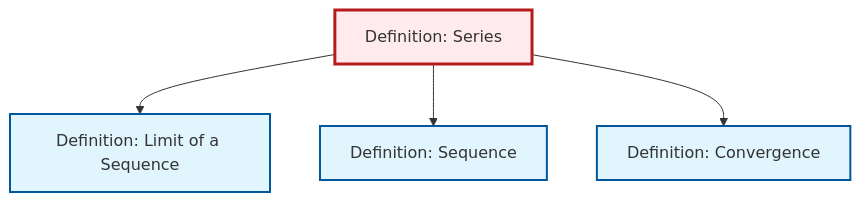
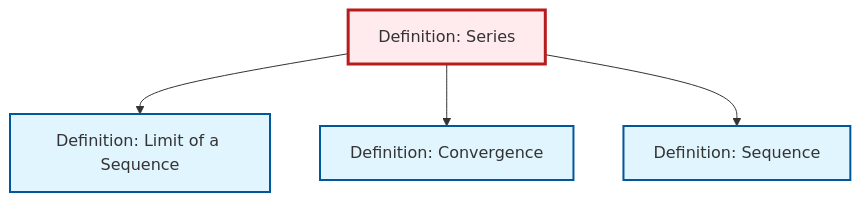
The diagram in content/en/analysis/def-series.qmd (RK0429/ModernMath), drawn with Mermaid before and after one commit. The commit also changed other lines of this file and 360 other files, not shown here.

````diff
--- a/content/en/analysis/def-series.qmd
+++ b/content/en/analysis/def-series.qmd
@@ -89,20 +89,20 @@
 ```{mermaid}
 %%| fig-cap: "Local dependency graph"
 graph TD
     classDef definition fill:#e1f5fe,stroke:#01579b,stroke-width:2px
     classDef theorem fill:#f3e5f5,stroke:#4a148c,stroke-width:2px
     classDef axiom fill:#fff3e0,stroke:#e65100,stroke-width:2px
     classDef example fill:#e8f5e9,stroke:#1b5e20,stroke-width:2px
     classDef current fill:#ffebee,stroke:#b71c1c,stroke-width:3px
+    def-convergence["Definition: Convergence"]:::definition
     def-series["Definition: Series"]:::definition
+    def-sequence["Definition: Sequence"]:::definition
     def-limit["Definition: Limit of a Sequence"]:::definition
-    def-convergence["Definition: Convergence"]:::definition
-    def-sequence["Definition: Sequence"]:::definition
     def-series --> def-limit
+    def-series --> def-convergence
     def-series --> def-sequence
-    def-series --> def-convergence
     class def-series current
-    click def-limit "def-limit.html" "Go to Limit of a Sequence definition"
     click def-convergence "def-convergence.html" "Go to Convergence definition"
     click def-sequence "def-sequence.html" "Go to Sequence definition"
+    click def-limit "def-limit.html" "Go to Limit of a Sequence definition"
 ```
````
